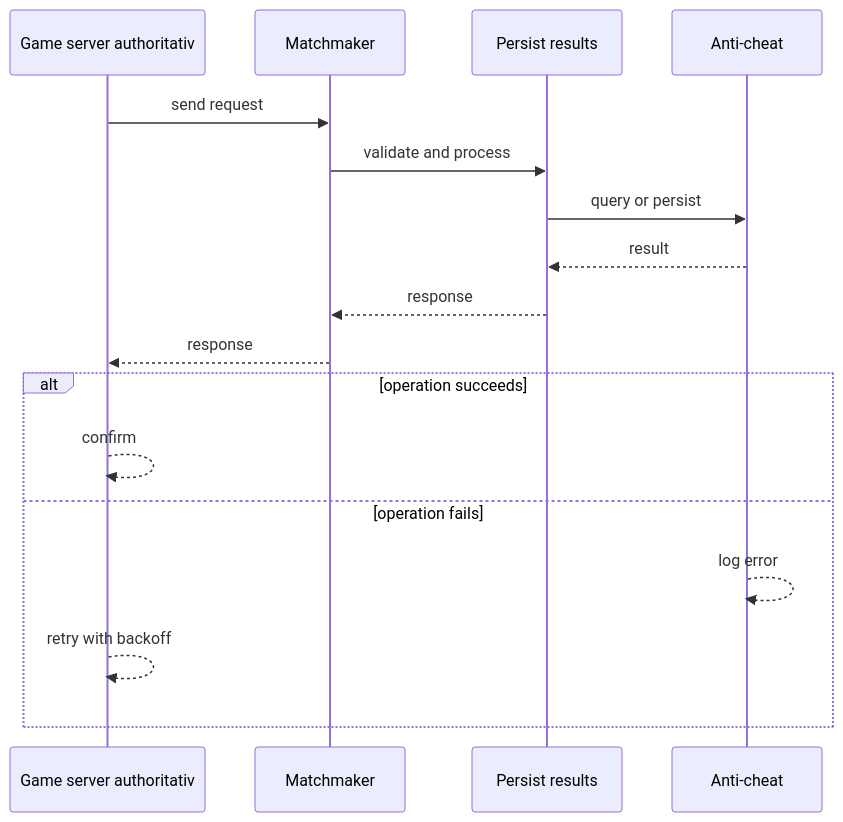
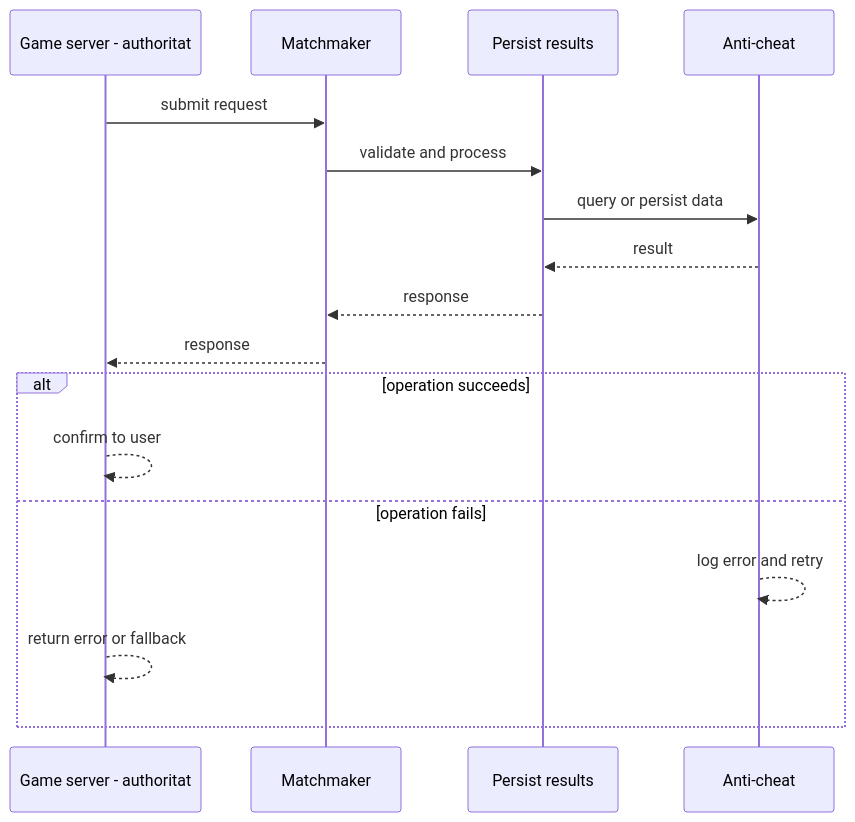
One commit to RIT-MESH/system-design-mastery changed the second of 4 diagrams in case-studies/advanced/multiplayer-game.md. Above: the diagram before and after it, drawn with Mermaid. The commit also changed other lines of this file and 127 other files, not shown here.

First line of the commit message:
Improve all case study diagrams: case-specific sequences, fix truncated labels

````diff
--- a/case-studies/advanced/multiplayer-game.md
+++ b/case-studies/advanced/multiplayer-game.md
@@ -71,20 +71,20 @@
 ```mermaid
 %% created-for: system-design-mastery
 sequenceDiagram
-  participant C0 as Game server authoritativ
-  participant C1 as Matchmaker
-  participant C2 as Persist results
-  participant C3 as Anti-cheat
-  C0 ->> C1: send request
-  C1 ->> C2: validate and process
-  C2 ->> C3: query or persist
-  C3 -->> C2: result
-  C2 -->> C1: response
-  C1 -->> C0: response
+  participant P0 as Game server - authoritat
+  participant P1 as Matchmaker
+  participant P2 as Persist results
+  participant P3 as Anti-cheat
+  P0 ->> P1: submit request
+  P1 ->> P2: validate and process
+  P2 ->> P3: query or persist data
+  P3 -->> P2: result
+  P2 -->> P1: response
+  P1 -->> P0: response
   alt operation succeeds
-    C0 -->> C0: confirm
+    P0 -->> P0: confirm to user
   else operation fails
-    C3 -->> C3: log error
-    C0 -->> C0: retry with backoff
+    P3 -->> P3: log error and retry
+    P0 -->> P0: return error or fallback
   end
 ```
````
